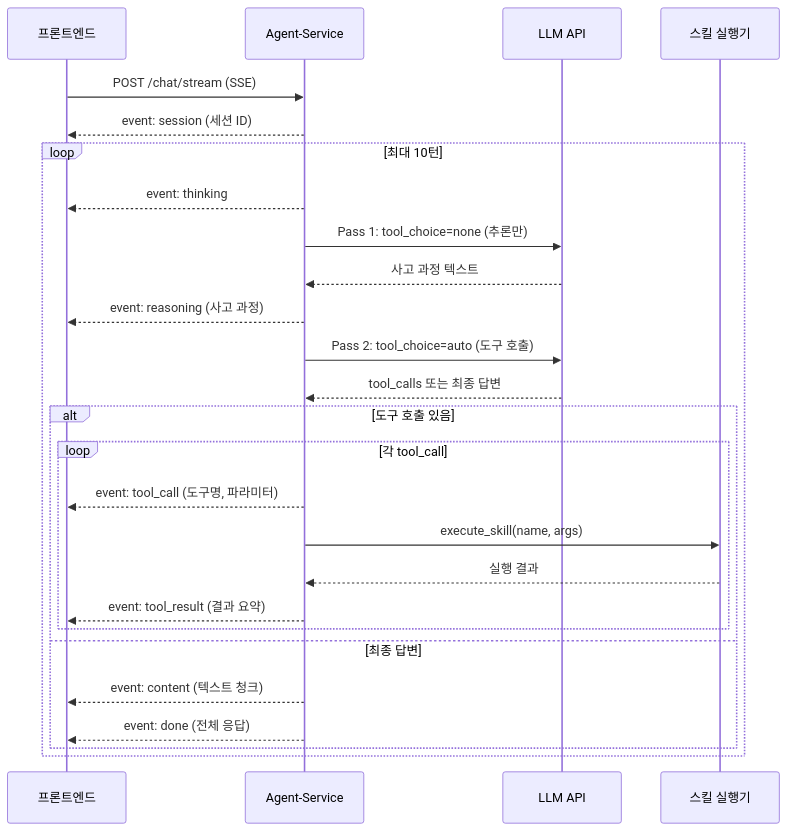
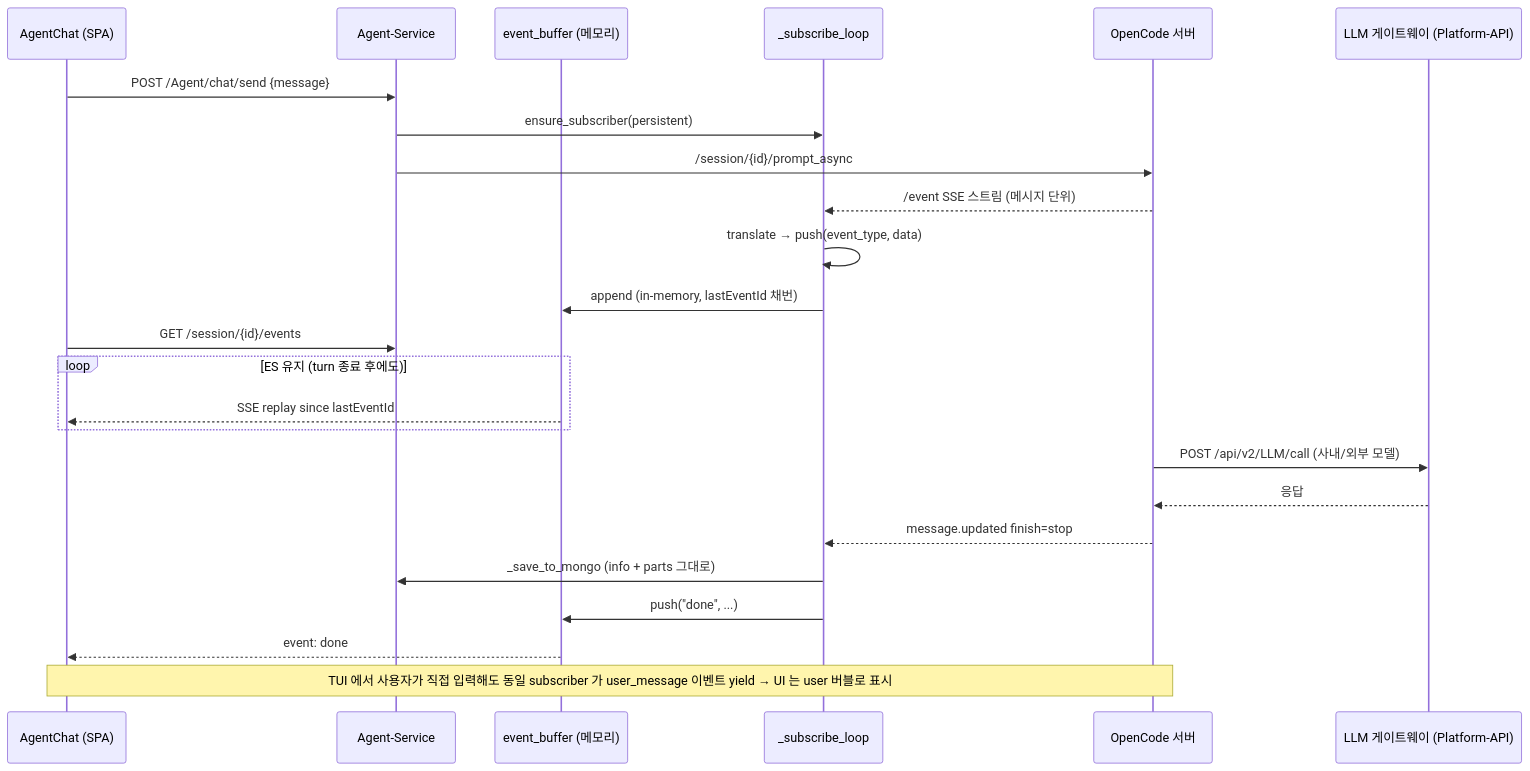
The third of 8 diagrams in docs/design-platform.md (archi-duke/GoJIRA), drawn with Mermaid before and after one commit. The commit also changed other lines of this file and 4 other files, not shown here.

First line of the commit message:
docs: Agent-Service OpenCode bridge 전환 + 채팅 안정화 반영

````diff
--- a/docs/design-platform.md
+++ b/docs/design-platform.md
@@ -348,32 +365,30 @@
 ```mermaid
 sequenceDiagram
-    participant Client as 프론트엔드
-    participant Agent as Agent-Service
-    participant LLM as LLM API
-    participant Skill as 스킬 실행기
+    participant UI as AgentChat (SPA)
+    participant AS as Agent-Service
+    participant Buf as event_buffer (메모리)
+    participant Sub as _subscribe_loop
+    participant OC as OpenCode 서버
+    participant LLM as LLM 게이트웨이 (Platform-API)
 
-    Client->>Agent: POST /chat/stream (SSE)
-    Agent-->>Client: event: session (세션 ID)
+    UI->>AS: POST /Agent/chat/send {message}
+    AS->>Sub: ensure_subscriber(persistent)
+    AS->>OC: /session/{id}/prompt_async
+    OC-->>Sub: /event SSE 스트림 (메시지 단위)
+    Sub->>Sub: translate → push(event_type, data)
+    Sub->>Buf: append (in-memory, lastEventId 채번)
 
-    loop 최대 10턴
-        Agent-->>Client: event: thinking
-        Agent->>LLM: Pass 1: tool_choice=none (추론만)
-        LLM-->>Agent: 사고 과정 텍스트
-        Agent-->>Client: event: reasoning (사고 과정)
+    UI->>AS: GET /session/{id}/events
+    loop ES 유지 (turn 종료 후에도)
+        Buf-->>UI: SSE replay since lastEventId
+    end
 
-        Agent->>LLM: Pass 2: tool_choice=auto (도구 호출)
-        LLM-->>Agent: tool_calls 또는 최종 답변
+    OC->>LLM: POST /api/v2/LLM/call (사내/외부 모델)
+    LLM-->>OC: 응답
+    OC-->>Sub: message.updated finish=stop
+    Sub->>AS: _save_to_mongo (info + parts 그대로)
+    Sub->>Buf: push("done", ...)
+    Buf-->>UI: event: done
 
-        alt 도구 호출 있음
-            loop 각 tool_call
-                Agent-->>Client: event: tool_call (도구명, 파라미터)
-                Agent->>Skill: execute_skill(name, args)
-                Skill-->>Agent: 실행 결과
-                Agent-->>Client: event: tool_result (결과 요약)
-            end
-        else 최종 답변
-            Agent-->>Client: event: content (텍스트 청크)
-            Agent-->>Client: event: done (전체 응답)
-        end
-    end
+    Note over UI,OC: TUI 에서 사용자가 직접 입력해도 동일 subscriber 가 user_message 이벤트 yield → UI 는 user 버블로 표시
 ```
````
